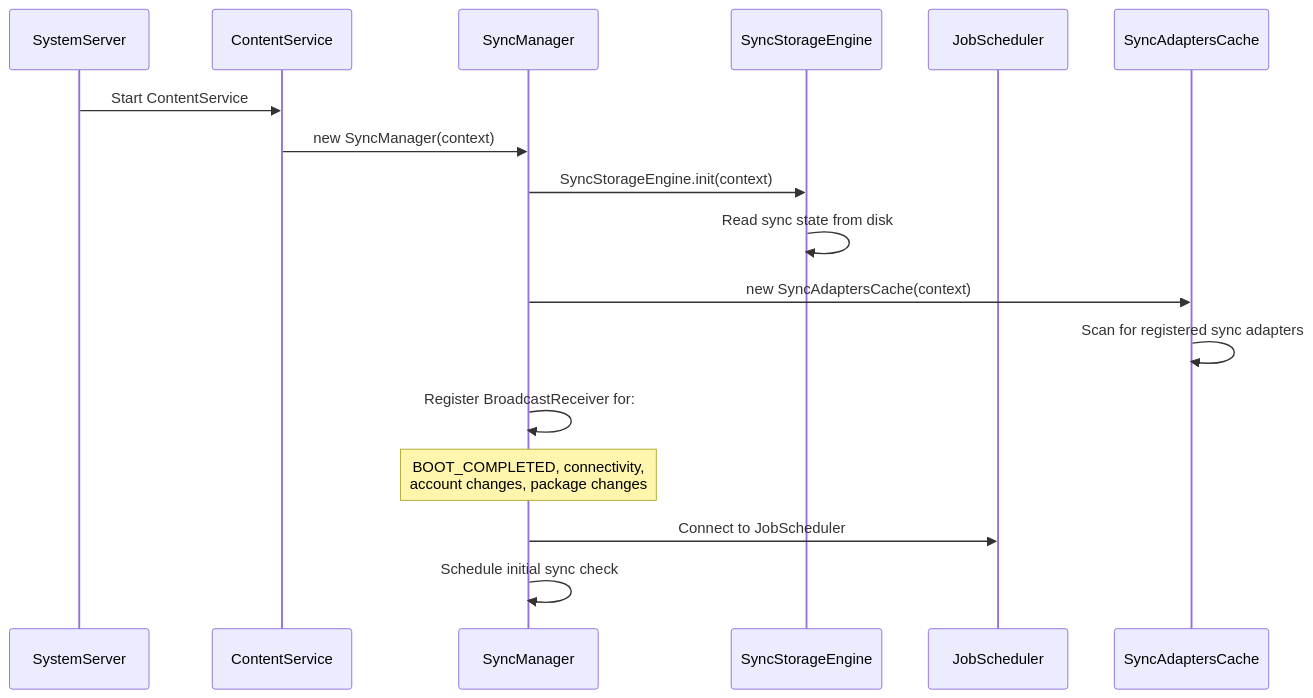
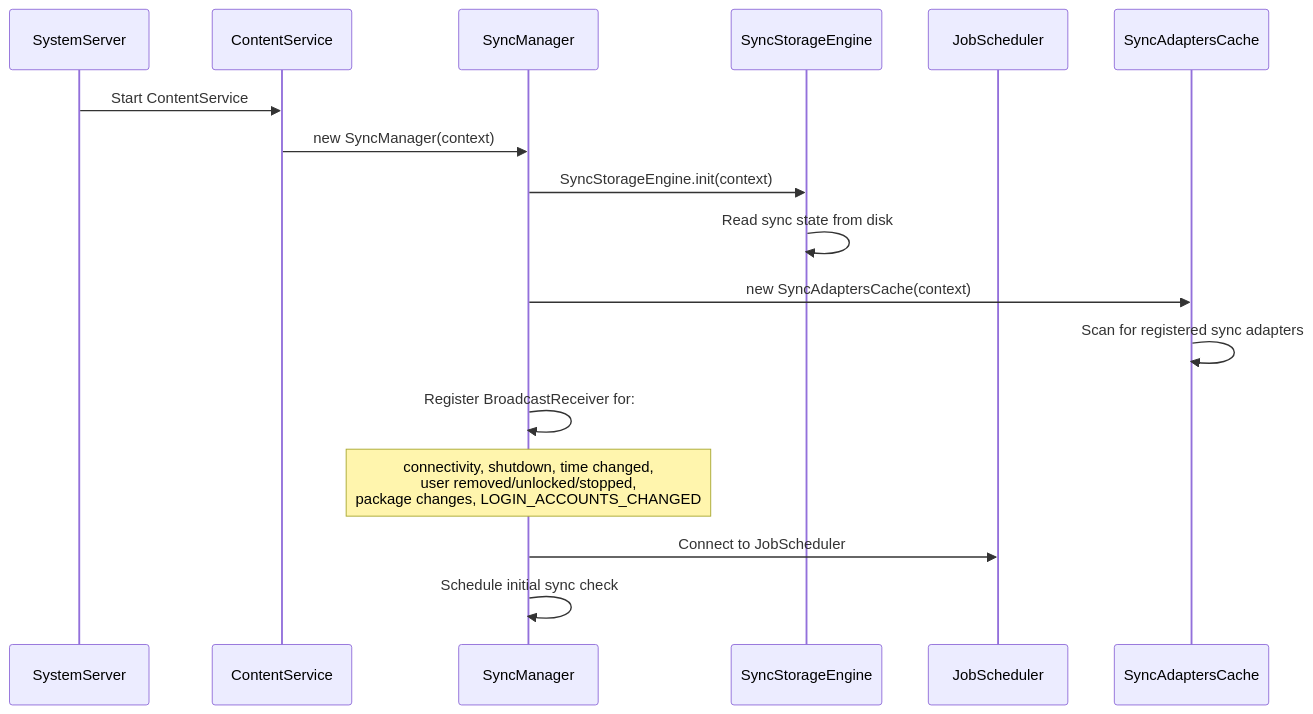
Before and after one commit to aospbooks/aosp-internal-book: the ninth of 17 diagrams in 32-account-sync.md, drawn with Mermaid. The commit also changed other lines of this file and 218 other files, not shown here.

````diff
--- a/32-account-sync.md
+++ b/32-account-sync.md
@@ -949,20 +972,20 @@
 ```mermaid
 sequenceDiagram
     participant SS as SystemServer
     participant CS as ContentService
     participant SM as SyncManager
     participant SSE as SyncStorageEngine
     participant JS as JobScheduler
     participant SAC as SyncAdaptersCache
 
     SS->>CS: Start ContentService
     CS->>SM: new SyncManager(context)
     SM->>SSE: SyncStorageEngine.init(context)
     SSE->>SSE: Read sync state from disk
     SM->>SAC: new SyncAdaptersCache(context)
     SAC->>SAC: Scan for registered sync adapters
     SM->>SM: Register BroadcastReceiver for:
-    Note over SM: BOOT_COMPLETED, connectivity,<br/>account changes, package changes
+    Note over SM: connectivity, shutdown, time changed,<br/>user removed/unlocked/stopped,<br/>package changes, LOGIN_ACCOUNTS_CHANGED
     SM->>JS: Connect to JobScheduler
     SM->>SM: Schedule initial sync check
 ```
````
